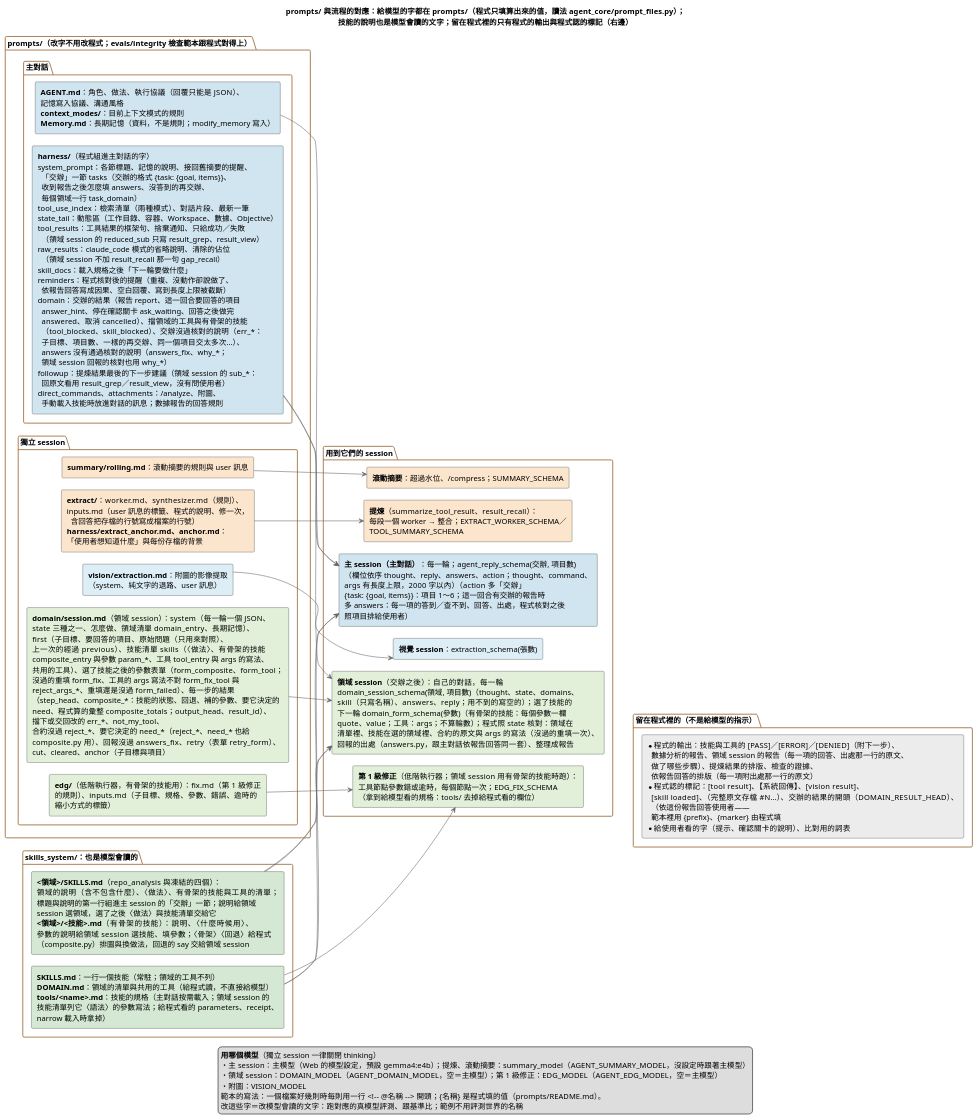
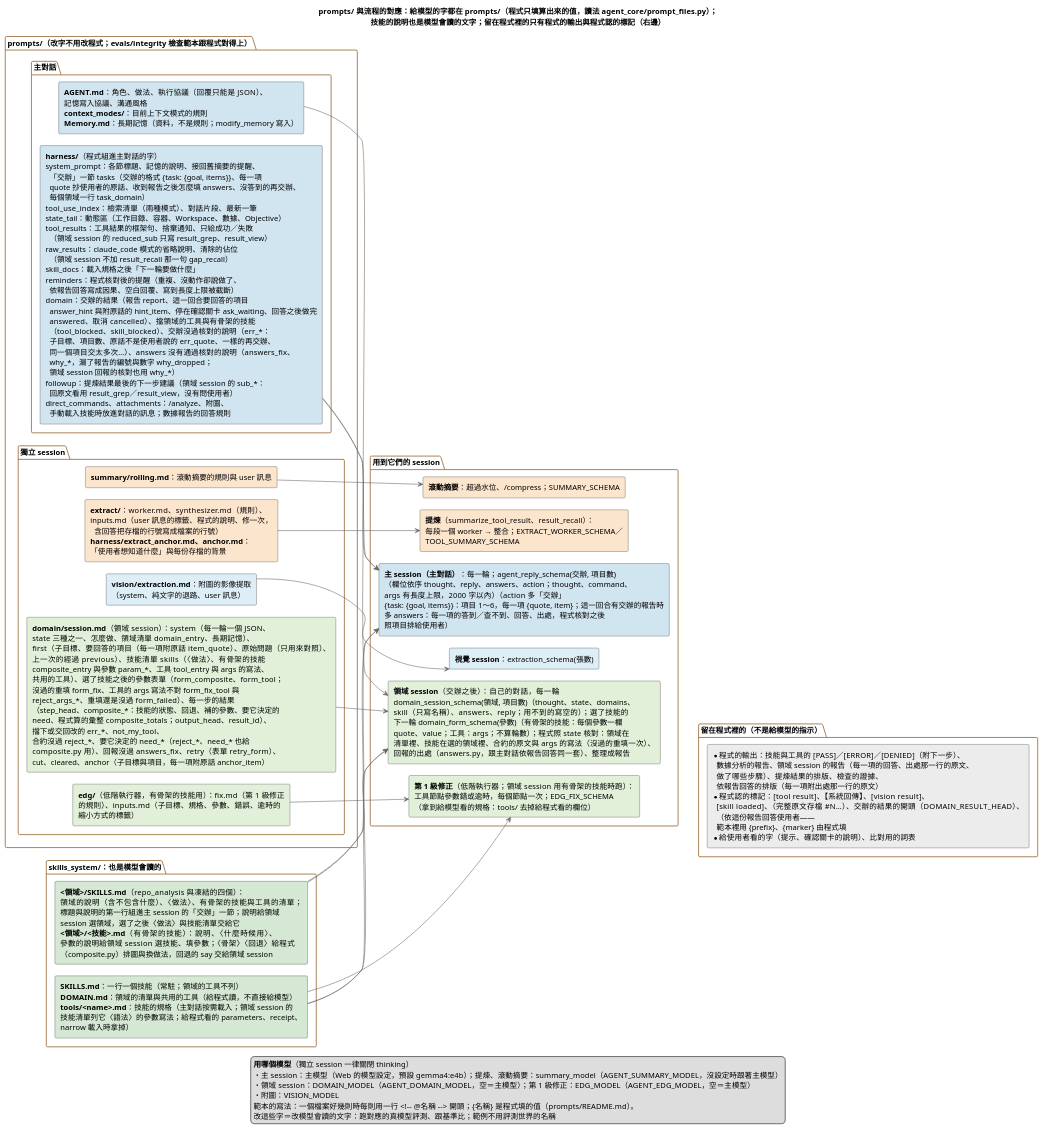
One commit to DavidZox/Coding_agnet changed the diagram in doc/diagrams/prompts與流程的對應.puml. Above: the diagram before and after it, drawn with PlantUML. The commit also changed 20 other files, not shown here.

```diff
--- a/doc/diagrams/prompts與流程的對應.puml
+++ b/doc/diagrams/prompts與流程的對應.puml
@@ -1,181 +1,182 @@
 @startuml
 ' --- 樣式精準控制 ---
 skinparam shadowing false
 skinparam defaultFontName "Microsoft JhengHei"
 skinparam RectangleWidthMax 440
 skinparam PackageBorderColor #996633
 skinparam ArrowColor #666666
 skinparam ranksep 70
 skinparam nodesep 22
 left to right direction
 
 title prompts/ 與流程的對應：給模型的字都在 prompts/（程式只填算出來的值，讀法 agent_core/prompt_files.py）；\n技能的說明也是模型會讀的文字；留在程式裡的只有程式的輸出與程式認的標記（右邊）
 
 package "prompts/（改字不用改程式；evals/integrity 檢查範本跟程式對得上）" {
   package "主對話" {
     rectangle P_AGENT #D1E5F0 [
       **AGENT.md**：角色、做法、執行協議（回覆只能是 JSON）、
       記憶寫入協議、溝通風格
       **context_modes/**：目前上下文模式的規則
       **Memory.md**：長期記憶（資料，不是規則；modify_memory 寫入）
     ]
     rectangle P_HARNESS #D1E5F0 [
       **harness/**（程式組進主對話的字）
       system_prompt：各節標題、記憶的說明、接回舊摘要的提醒、
-        「交辦」一節 tasks（交辦的格式 {task: {goal, items}}、
-        收到報告之後怎麼填 answers、沒答到的再交辦、
+        「交辦」一節 tasks（交辦的格式 {task: {goal, items}}、每一項
+        quote 抄使用者的原話、收到報告之後怎麼填 answers、沒答到的再交辦、
         每個領域一行 task_domain）
       tool_use_index：檢索清單（兩種模式）、對話片段、最新一筆
       state_tail：動態區（工作目錄、容器、Workspace、數據、Objective）
       tool_results：工具結果的框架句、捨棄通知、只給成功／失敗
         （領域 session 的 reduced_sub 只寫 result_grep、result_view）
       raw_results：claude_code 模式的省略說明、清除的佔位
         （領域 session 不加 result_recall 那一句 gap_recall）
       skill_docs：載入規格之後「下一輪要做什麼」
       reminders：程式核對後的提醒（重複、沒動作卻說做了、
         依報告回答寫成因果、空白回覆、寫到長度上限被截斷）
       domain：交辦的結果（報告 report、這一回合要回答的項目
-        answer_hint、停在確認關卡 ask_waiting、回答之後做完
+        answer_hint 與附原話的 hint_item、停在確認關卡 ask_waiting、回答之後做完
         answered、取消 cancelled）、擋領域的工具與有骨架的技能
         （tool_blocked、skill_blocked）、交辦沒過核對的說明（err_*：
-        子目標、項目數、一樣的再交辦、同一個項目交太多次…）、
-        answers 沒有通過核對的說明（answers_fix、why_*；
+        子目標、項目數、原話不是使用者說的 err_quote、一樣的再交辦、
+        同一個項目交太多次…）、answers 沒有通過核對的說明（answers_fix、
+        why_*，漏了報告的編號與數字 why_dropped；
         領域 session 回報的核對也用 why_*）
       followup：提煉結果最後的下一步建議（領域 session 的 sub_*：
         回原文看用 result_grep／result_view，沒有問使用者）
       direct_commands、attachments：/analyze、附圖、
         手動載入技能時放進對話的訊息；數據報告的回答規則
     ]
   }
   package "獨立 session" {
     rectangle P_SUMMARY #FCE5CD [
       **summary/rolling.md**：滾動摘要的規則與 user 訊息
     ]
     rectangle P_EXTRACT #FCE5CD [
       **extract/**：worker.md、synthesizer.md（規則）、
       inputs.md（user 訊息的標籤、程式的說明、修一次，
         含回答把存檔的行號寫成檔案的行號）
       **harness/extract_anchor.md、anchor.md**：
       「使用者想知道什麼」與每份存檔的背景
     ]
     rectangle P_VISION #DDEEF6 [
       **vision/extraction.md**：附圖的影像提取
       （system、純文字的退路、user 訊息）
     ]
     rectangle P_EDG #E2F0D9 [
       **edg/**（低階執行器，有骨架的技能用）：fix.md（第 1 級修正
       的規則）、inputs.md（子目標、規格、參數、錯誤、逾時的
       縮小方式的標籤）
     ]
     rectangle P_DOMAIN #E2F0D9 [
       **domain/session.md**（領域 session）：system（每一輪一個 JSON、
       state 三種之一、怎麼做、領域清單 domain_entry、長期記憶）、
-      first（子目標、要回答的項目、原始問題（只用來對照）、
+      first（子目標、要回答的項目（每一項附原話 item_quote）、原始問題（只用來對照）、
       上一次的經過 previous）、技能清單 skills（〈做法〉、有骨架的技能
       composite_entry 與參數 param_*、工具 tool_entry 與 args 的寫法、
       共用的工具）、選了技能之後的參數表單（form_composite、form_tool；
       沒過的重填 form_fix、工具的 args 寫法不對 form_fix_tool 與
       reject_args_*、重填還是沒過 form_failed）、每一步的結果
       （step_head、composite_*：技能的狀態、回退、補的參數、要它決定的
       need、程式算的彙整 composite_totals；output_head、result_id）、
       擋下或交回改的 err_*、not_my_tool、
       合約沒過 reject_*、要它決定的 need_*（reject_*、need_* 也給
       composite.py 用）、回報沒過 answers_fix、retry（表單 retry_form）、
-      cut、cleared、anchor（子目標與項目）
+      cut、cleared、anchor（子目標與項目，每一項附原話 anchor_item）
     ]
   }
 }
 
 package "skills_system/：也是模型會讀的" {
   rectangle K_ALL #D5E8D4 [
     **SKILLS.md**：一行一個技能（常駐；領域的工具不列）
     **DOMAIN.md**：領域的清單與共用的工具（給程式讀，不直接給模型）
     **tools/<name>.md**：技能的規格（主對話按需載入；領域 session 的
     技能清單列它〈語法〉的參數寫法；給程式看的 parameters、receipt、
     narrow 載入時拿掉）
   ]
   rectangle K_DOMAIN #D5E8D4 [
     **<領域>/SKILLS.md**（repo_analysis 與凍結的四個）：
     領域的說明（含不包含什麼）、〈做法〉、有骨架的技能與工具的清單；
     標題與說明的第一行組進主 session 的「交辦」一節；說明給領域
     session 選領域，選了之後〈做法〉與技能清單交給它
     **<領域>/<技能>.md**（有骨架的技能）：說明、〈什麼時候用〉、
     參數的說明給領域 session 選技能、填參數；〈骨架〉〈回退〉給程式
     （composite.py）排圖與換做法，回退的 say 交給領域 session
   ]
 }
 
 package "用到它們的 session" {
   rectangle S_MAIN #D1E5F0 [
     **主 session（主對話）**：每一輪；agent_reply_schema(交辦, 項目數)
     （欄位依序 thought、reply、answers、action；thought、command、
     args 有長度上限，2000 字以內）（action 多「交辦」
-    {task: {goal, items}}：項目 1～6；這一回合有交辦的報告時
+    {task: {goal, items}}：項目 1～6，每一項 {quote, item}；這一回合有交辦的報告時
     多 answers：每一項的答到／查不到、回答、出處，程式核對之後
     照項目排給使用者）
   ]
   rectangle S_DOMAIN #E2F0D9 [
     **領域 session**（交辦之後）：自己的對話，每一輪
     domain_session_schema(領域, 項目數)（thought、state、domains、
     skill（只寫名稱）、answers、reply；用不到的寫空的）；選了技能的
     下一輪 domain_form_schema(參數)（有骨架的技能：每個參數一欄
     quote、value；工具：args；不算輪數）；程式照 state 核對：領域在
     清單裡、技能在選的領域裡、合約的原文與 args 的寫法（沒過的重填一次）、
     回報的出處（answers.py，跟主對話依報告回答同一套）、整理成報告
   ]
   rectangle S_SUMMARY #FCE5CD [
     **滾動摘要**：超過水位、/compress；SUMMARY_SCHEMA
   ]
   rectangle S_EXTRACT #FCE5CD [
     **提煉**（summarize_tool_result、result_recall）：
     每段一個 worker → 整合；EXTRACT_WORKER_SCHEMA／
     TOOL_SUMMARY_SCHEMA
   ]
   rectangle S_VISION #DDEEF6 [
     **視覺 session**：extraction_schema(張數)
   ]
   rectangle S_EDG #E2F0D9 [
     **第 1 級修正**（低階執行器；領域 session 用有骨架的技能時跑）：
     工具節點參數錯或逾時，每個節點一次；EDG_FIX_SCHEMA
     （拿到給模型看的規格：tools/ 去掉給程式看的欄位）
   ]
 }
 
 package "留在程式裡的（不是給模型的指示）" {
   rectangle C_LIST #ECECEC [
     * 程式的輸出：技能與工具的 [PASS]／[ERROR]／[DENIED]（附下一步）、
       數據分析的報告、領域 session 的報告（每一項的回答、出處那一行的原文、
       做了哪些步驟）、提煉結果的排版、檢查的證據、
       依報告回答的排版（每一項附出處那一行的原文）
     * 程式認的標記：[tool result]、【系統回傳】、[vision result]、
       [skill loaded]、（完整原文存檔 #N…）、交辦的結果的開頭（DOMAIN_RESULT_HEAD）、
       （依這份報告回答使用者——
       範本裡用 {prefix}、{marker} 由程式填
     * 給使用者看的字（提示、確認關卡的說明）、比對用的詞表
   ]
 }
 
 P_AGENT --> S_MAIN
 P_HARNESS --> S_MAIN
 K_ALL --> S_MAIN
 P_SUMMARY --> S_SUMMARY
 P_EXTRACT --> S_EXTRACT
 P_VISION --> S_VISION
 P_EDG --> S_EDG
 K_ALL --> S_EDG
 P_DOMAIN --> S_DOMAIN
 P_HARNESS --> S_DOMAIN
 K_DOMAIN --> S_DOMAIN
 K_ALL --> S_DOMAIN
 K_DOMAIN --> S_MAIN
 S_EDG -[hidden]-> C_LIST
 
 legend bottom
   **用哪個模型**（獨立 session 一律關閉 thinking）
   ・主 session：主模型（Web 的模型設定，預設 gemma4:e4b）；提煉、滾動摘要：summary_model（AGENT_SUMMARY_MODEL，沒設定時跟著主模型）
   ・領域 session：DOMAIN_MODEL（AGENT_DOMAIN_MODEL，空＝主模型）；第 1 級修正：EDG_MODEL（AGENT_EDG_MODEL，空＝主模型）
   ・附圖：VISION_MODEL
   範本的寫法：一個檔案好幾則時每則用一行 <!~-- @名稱 ~--> 開頭；{名稱} 是程式填的值（prompts/README.md）。
   改這些字＝改模型會讀的文字：跑對應的真模型評測、跟基準比；範例不用評測世界的名稱
 endlegend
 @enduml
```
